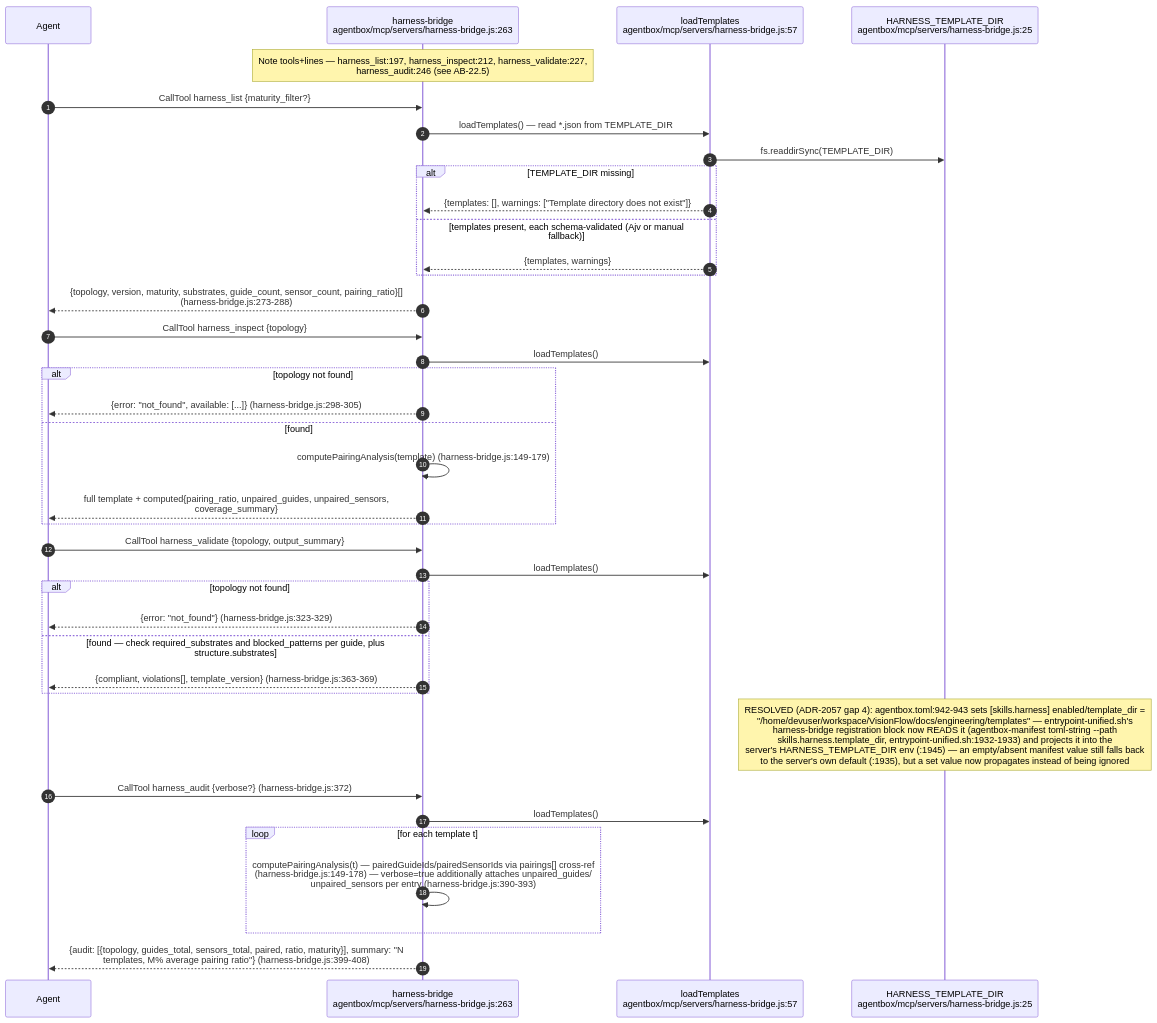
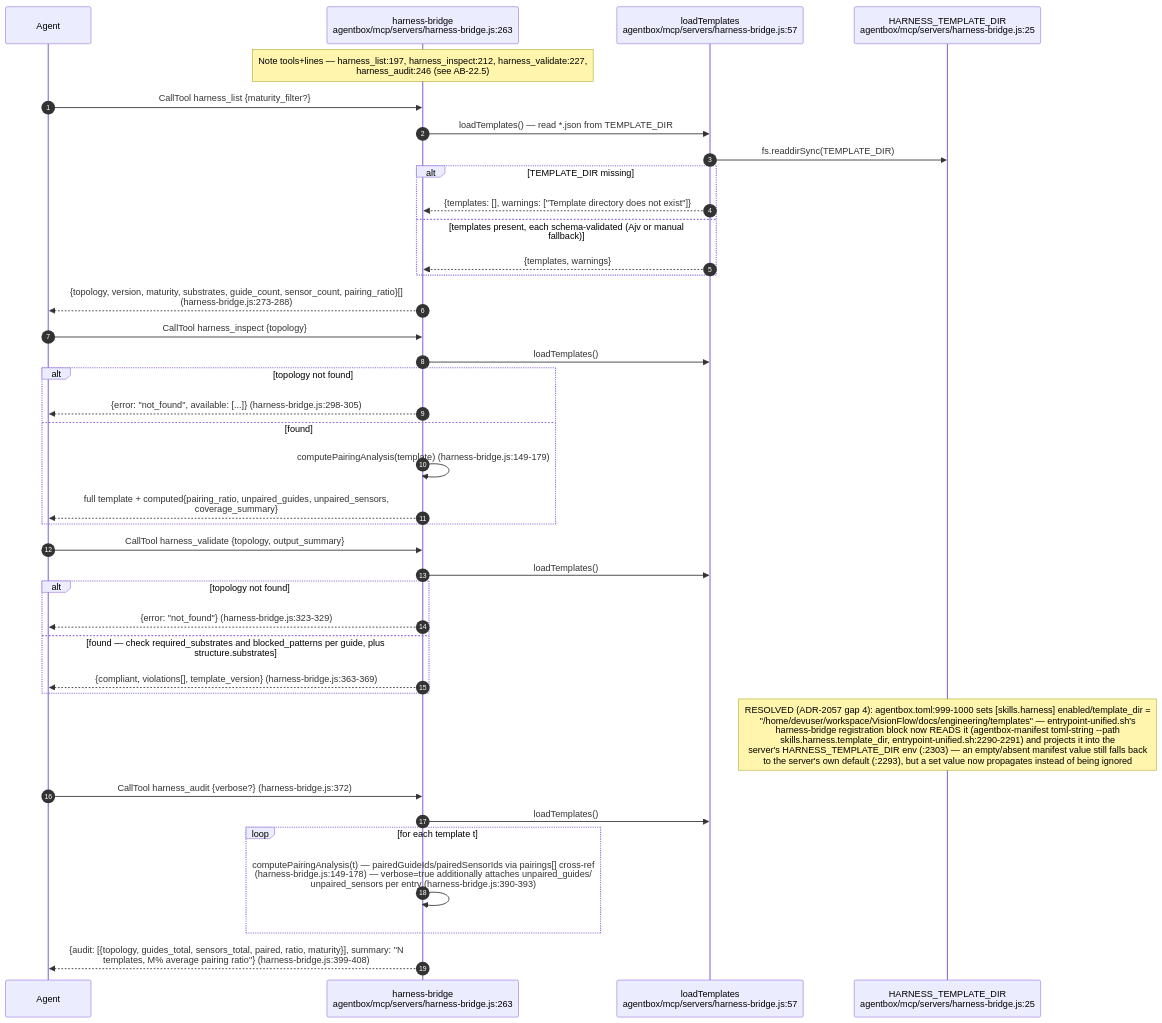
Before and after one commit to DreamLab-AI/VisionFlow: the fifth of 12 diagrams in docs/diagrams/agentbox/22-skills-and-routing.md, drawn with Mermaid. The commit also changed other lines of this file and 111 other files, not shown here.

Commit message:
docs(diagrams): align estate maps with current source

````diff
--- a/docs/diagrams/agentbox/22-skills-and-routing.md
+++ b/docs/diagrams/agentbox/22-skills-and-routing.md
@@ -207,44 +207,44 @@
 ```mermaid
 sequenceDiagram
     autonumber
     participant AG as Agent
     participant HB as harness-bridge<br/>agentbox/mcp/servers/harness-bridge.js:263
     participant LT as loadTemplates<br/>agentbox/mcp/servers/harness-bridge.js:57
     participant TD as HARNESS_TEMPLATE_DIR<br/>agentbox/mcp/servers/harness-bridge.js:25
 
     Note over HB: Note tools+lines — harness_list:197, harness_inspect:212, harness_validate:227,<br/>harness_audit:246 (see AB-22.5)
     AG->>HB: CallTool harness_list {maturity_filter?}
     HB->>LT: loadTemplates() — read *.json from TEMPLATE_DIR
     LT->>TD: fs.readdirSync(TEMPLATE_DIR)
     alt TEMPLATE_DIR missing
         LT-->>HB: {templates: [], warnings: ["Template directory does not exist"]}
     else templates present, each schema-validated (Ajv or manual fallback)
         LT-->>HB: {templates, warnings}
     end
     HB-->>AG: {topology, version, maturity, substrates, guide_count, sensor_count, pairing_ratio}[]<br/>(harness-bridge.js:273-288)
 
     AG->>HB: CallTool harness_inspect {topology}
     HB->>LT: loadTemplates()
     alt topology not found
         HB-->>AG: {error: "not_found", available: [...]} (harness-bridge.js:298-305)
     else found
         HB->>HB: computePairingAnalysis(template) (harness-bridge.js:149-179)
         HB-->>AG: full template + computed{pairing_ratio, unpaired_guides, unpaired_sensors,<br/>coverage_summary}
     end
 
     AG->>HB: CallTool harness_validate {topology, output_summary}
     HB->>LT: loadTemplates()
     alt topology not found
         HB-->>AG: {error: "not_found"} (harness-bridge.js:323-329)
     else found — check required_substrates and blocked_patterns per guide, plus structure.substrates
         HB-->>AG: {compliant, violations[], template_version} (harness-bridge.js:363-369)
     end
-    Note over TD: RESOLVED (ADR-2057 gap 4): agentbox.toml:942-943 sets [skills.harness] enabled/template_dir =<br/>"/home/devuser/workspace/VisionFlow/docs/engineering/templates" — entrypoint-unified.sh's<br/>harness-bridge registration block now READS it (agentbox-manifest toml-string --path<br/>skills.harness.template_dir, entrypoint-unified.sh:1932-1933) and projects it into the<br/>server's HARNESS_TEMPLATE_DIR env (:1945) — an empty/absent manifest value still falls back<br/>to the server's own default (:1935), but a set value now propagates instead of being ignored
+    Note over TD: RESOLVED (ADR-2057 gap 4): agentbox.toml:999-1000 sets [skills.harness] enabled/template_dir =<br/>"/home/devuser/workspace/VisionFlow/docs/engineering/templates" — entrypoint-unified.sh's<br/>harness-bridge registration block now READS it (agentbox-manifest toml-string --path<br/>skills.harness.template_dir, entrypoint-unified.sh:2290-2291) and projects it into the<br/>server's HARNESS_TEMPLATE_DIR env (:2303) — an empty/absent manifest value still falls back<br/>to the server's own default (:2293), but a set value now propagates instead of being ignored
 
     AG->>HB: CallTool harness_audit {verbose?} (harness-bridge.js:372)
     HB->>LT: loadTemplates()
     loop for each template t
         HB->>HB: computePairingAnalysis(t) — pairedGuideIds/pairedSensorIds via pairings[] cross-ref<br/>(harness-bridge.js:149-178) — verbose=true additionally attaches unpaired_guides/<br/>unpaired_sensors per entry (harness-bridge.js:390-393)
     end
     HB-->>AG: {audit: [{topology, guides_total, sensors_total, paired, ratio, maturity}], summary: "N<br/>templates, M% average pairing ratio"} (harness-bridge.js:399-408)
 ```
````
